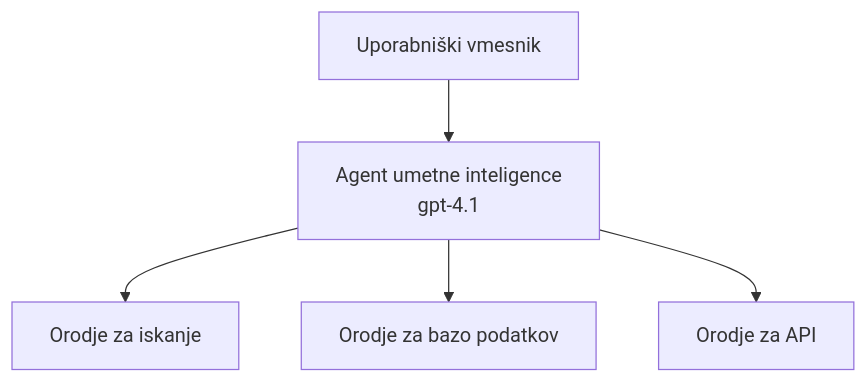
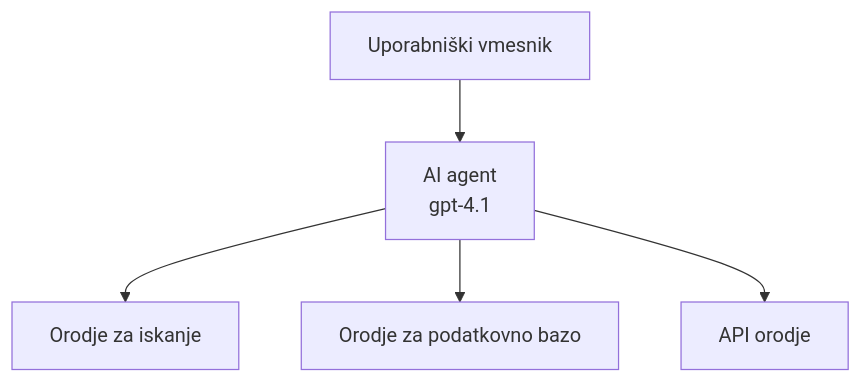
The first of 3 diagrams in translations/sl/docs/chapter-02-ai-development/agents.md (microsoft/AZD-for-beginners), drawn with Mermaid before and after one commit. The commit also changed other lines of this file and 60 other files, not shown here.

````diff
--- a/translations/sl/docs/chapter-02-ai-development/agents.md
+++ b/translations/sl/docs/chapter-02-ai-development/agents.md
@@ -162,7 +162,7 @@
 ```mermaid
 graph TD
-    UI[Uporabniški vmesnik] --> Agent[Agent umetne inteligence<br/>gpt-4.1]
+    UI[Uporabniški vmesnik] --> Agent[AI agent<br/>gpt-4.1]
     Agent --> Search[Orodje za iskanje]
-    Agent --> Database[Orodje za bazo podatkov]
-    Agent --> API[Orodje za API]
+    Agent --> Database[Orodje za podatkovno bazo]
+    Agent --> API[API orodje]
 ```
````
